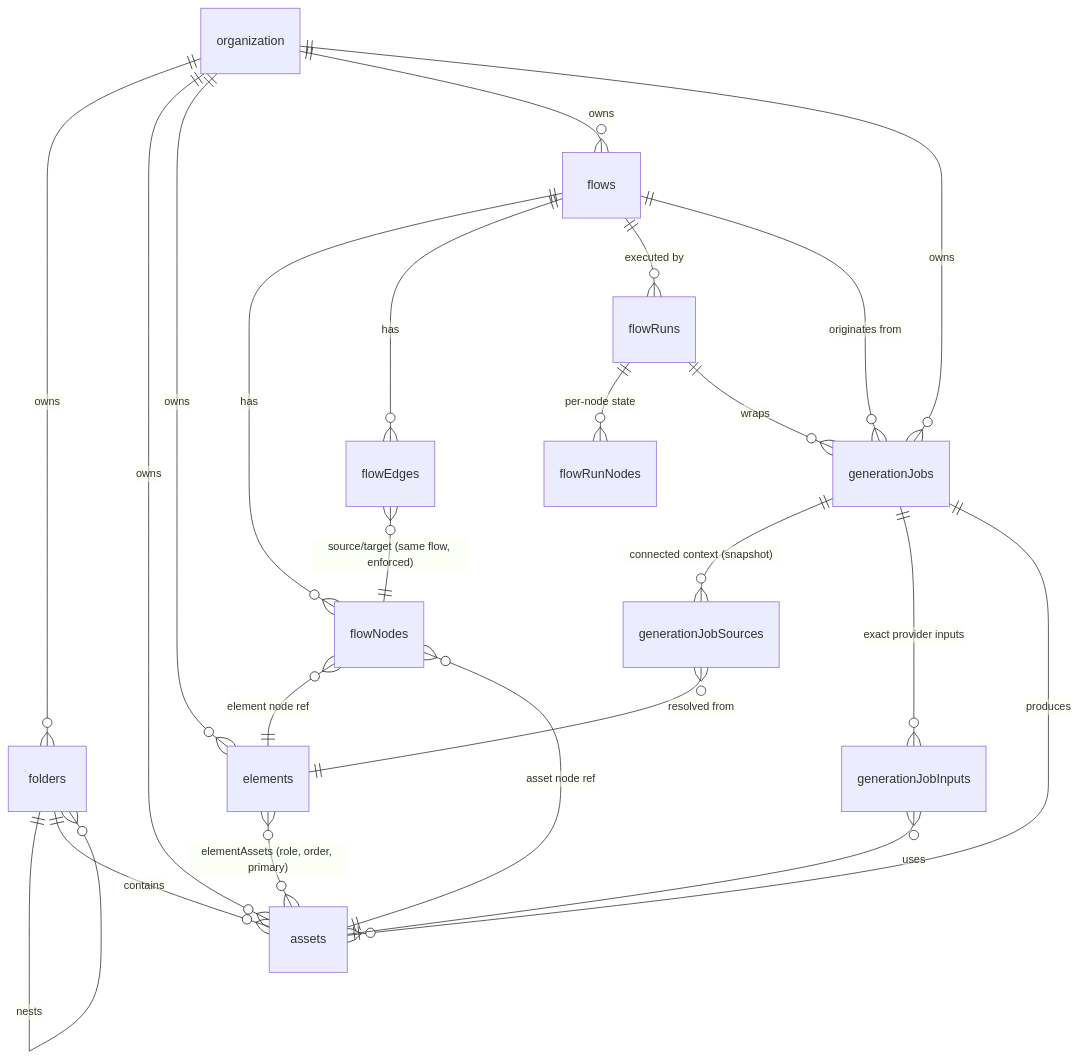
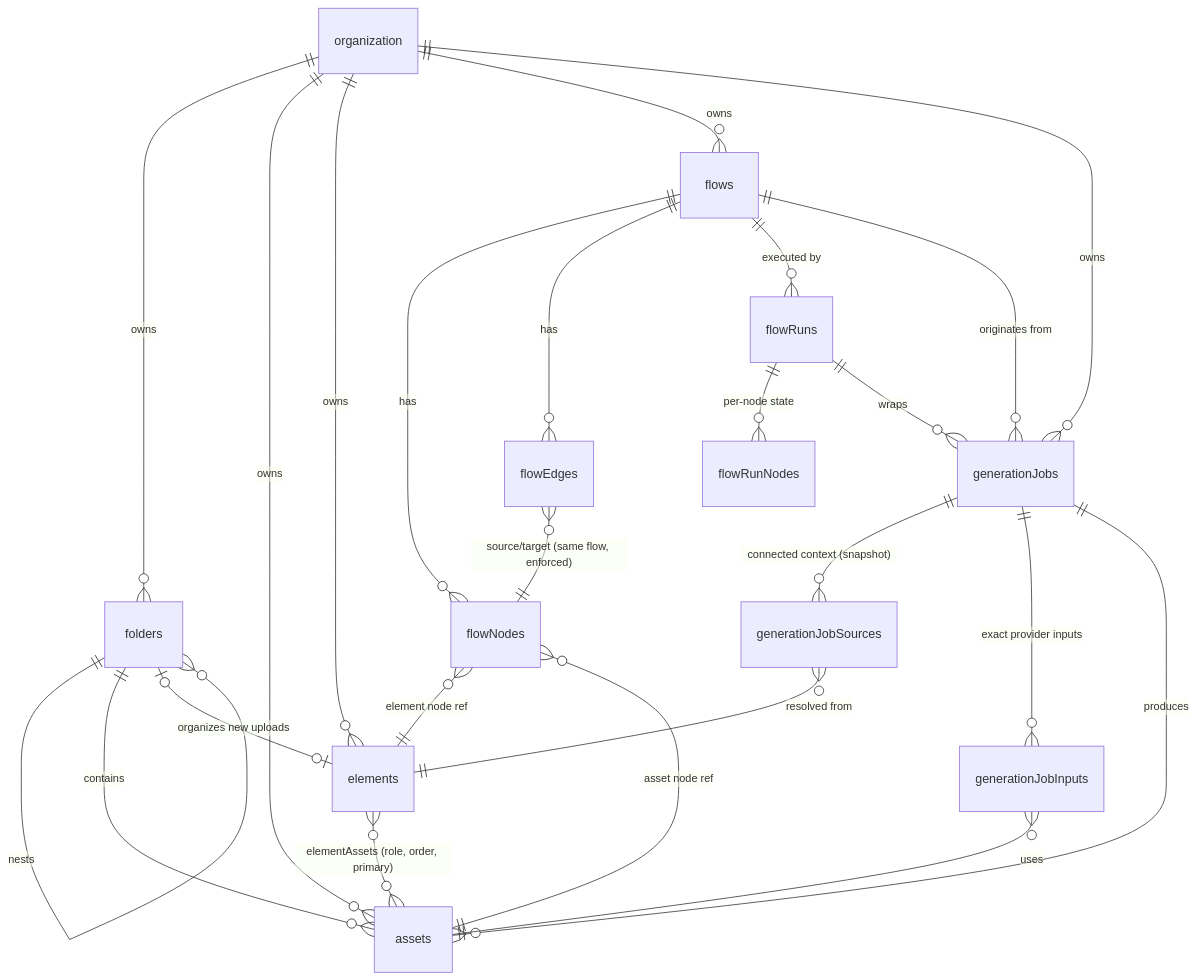
One commit to leognmotta/talelabs changed the diagram in docs/db-design-planning-v2.md. Above: the diagram before and after it, drawn with Mermaid. The commit also changed other lines of this file and 3 other files, not shown here.

````diff
--- a/docs/db-design-planning-v2.md
+++ b/docs/db-design-planning-v2.md
@@ -102,29 +102,30 @@
 ```mermaid
 erDiagram
     organization ||--o{ folders : owns
     organization ||--o{ assets : owns
     organization ||--o{ elements : owns
     organization ||--o{ flows : owns
     organization ||--o{ generationJobs : owns
 
     folders ||--o{ folders : nests
     folders ||--o{ assets : contains
+    folders o|--o| elements : "organizes new uploads"
 
     elements }o--o{ assets : "elementAssets (role, order, primary)"
 
     flows ||--o{ flowNodes : has
     flows ||--o{ flowEdges : has
     flows ||--o{ flowRuns : "executed by"
     flowRuns ||--o{ flowRunNodes : "per-node state"
     flowRuns ||--o{ generationJobs : wraps
     flowNodes }o--|| elements : "element node ref"
     flowNodes }o--|| assets : "asset node ref"
     flowEdges }o--|| flowNodes : "source/target (same flow, enforced)"
 
     generationJobs }o--|| flows : "originates from"
     generationJobs ||--o{ generationJobSources : "connected context (snapshot)"
     generationJobs ||--o{ generationJobInputs : "exact provider inputs"
     generationJobs ||--o{ assets : produces
     generationJobSources }o--|| elements : "resolved from"
     generationJobInputs }o--|| assets : uses
 ```
````
